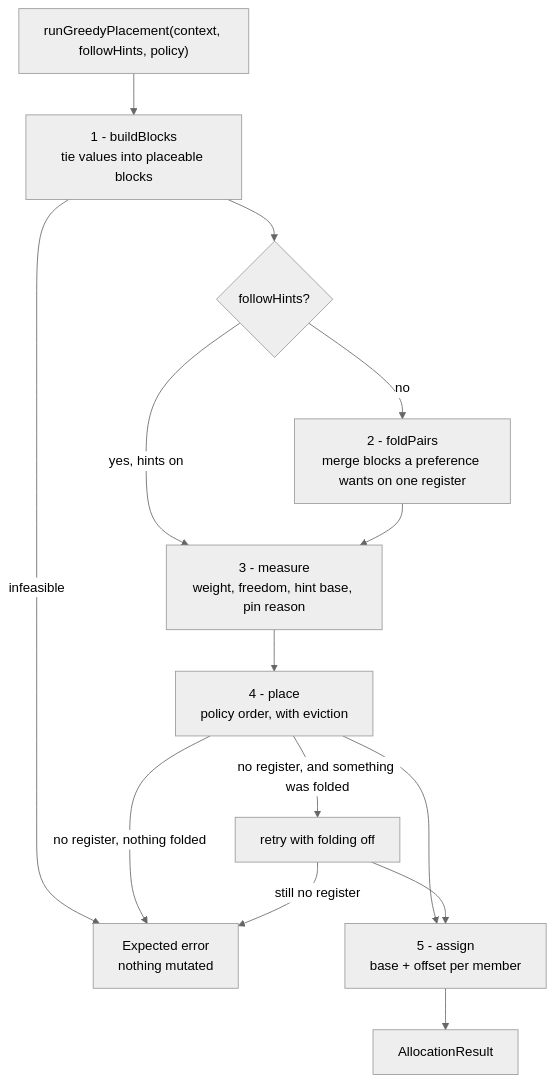
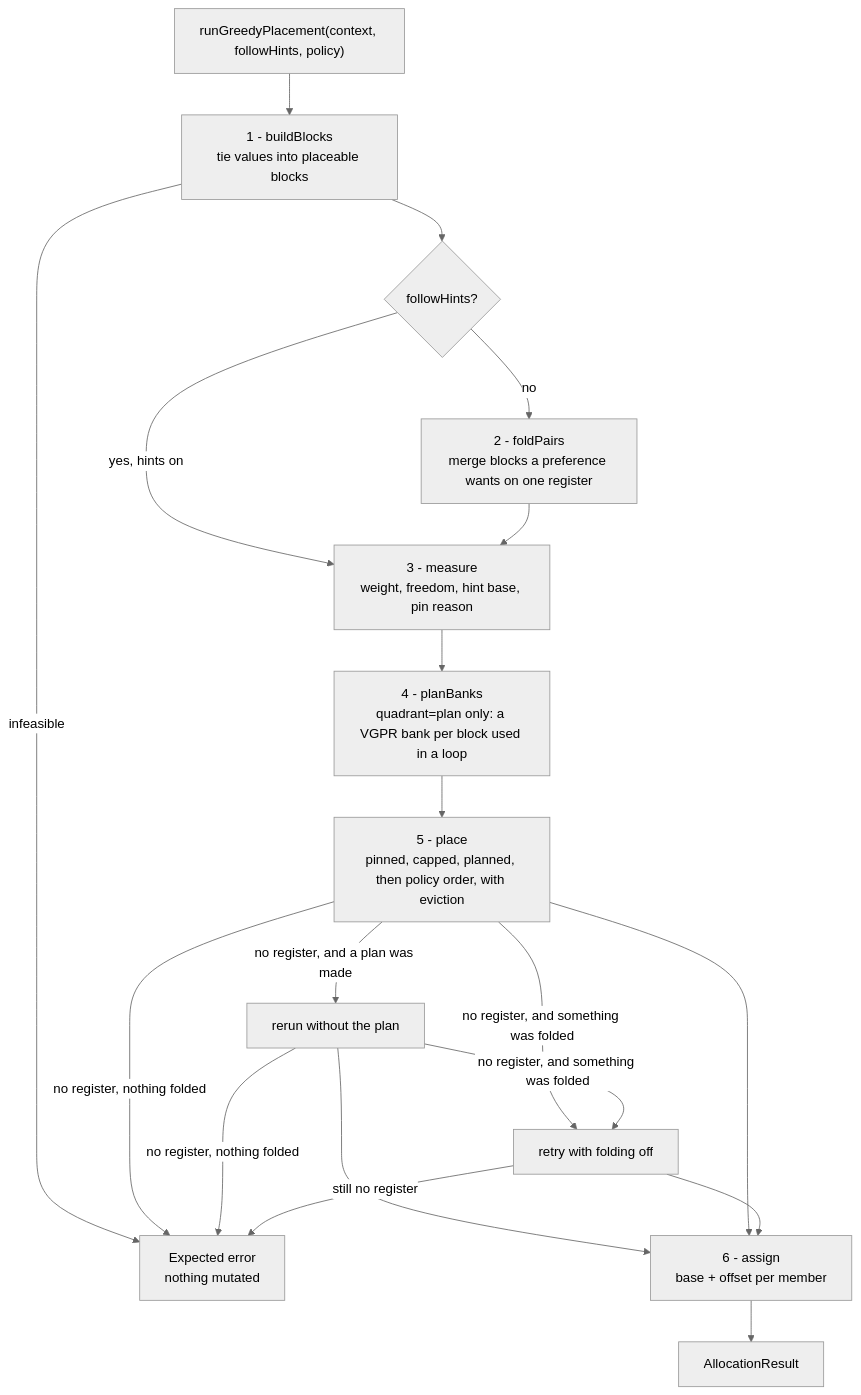
The first of 2 diagrams in shared/stinkytofu/docs/developer/register-allocation-GreedyAllocator.md (ROCm/rocm-libraries), drawn with Mermaid (neutral theme) before and after one commit. The commit also changed other lines of this file and 13 other files, not shown here.

````diff
--- a/shared/stinkytofu/docs/developer/register-allocation-GreedyAllocator.md
+++ b/shared/stinkytofu/docs/developer/register-allocation-GreedyAllocator.md
@@ -32,16 +32,21 @@
 ```mermaid
 flowchart TD
     Start["runGreedyPlacement(context, followHints, policy)"] --> Build["1 - buildBlocks<br/>tie values into placeable blocks"]
     Build -->|infeasible| Fail["Expected error<br/>nothing mutated"]
     Build --> Fold{"followHints?"}
     Fold -->|yes, hints on| Measure
     Fold -->|no| FoldPairs["2 - foldPairs<br/>merge blocks a preference wants on one register"]
     FoldPairs --> Measure["3 - measure<br/>weight, freedom, hint base, pin reason"]
-    Measure --> Place["4 - place<br/>policy order, with eviction"]
+    Measure --> Plan["4 - planBanks<br/>quadrant=plan only: a VGPR bank per block used in a loop"]
+    Plan --> Place["5 - place<br/>pinned, capped, planned, then policy order, with eviction"]
+    Place -->|"no register, and a plan was made"| Replan["rerun without the plan"]
     Place -->|"no register, and something was folded"| Retry["retry with folding off"]
     Place -->|"no register, nothing folded"| Fail
-    Place --> Emit["5 - assign<br/>base + offset per member"]
+    Replan --> Emit
+    Replan -->|"no register, and something was folded"| Retry
+    Replan -->|"no register, nothing folded"| Fail
+    Place --> Emit["6 - assign<br/>base + offset per member"]
     Retry --> Emit
     Retry -->|still no register| Fail
     Emit --> Result["AllocationResult"]
 ```
````
